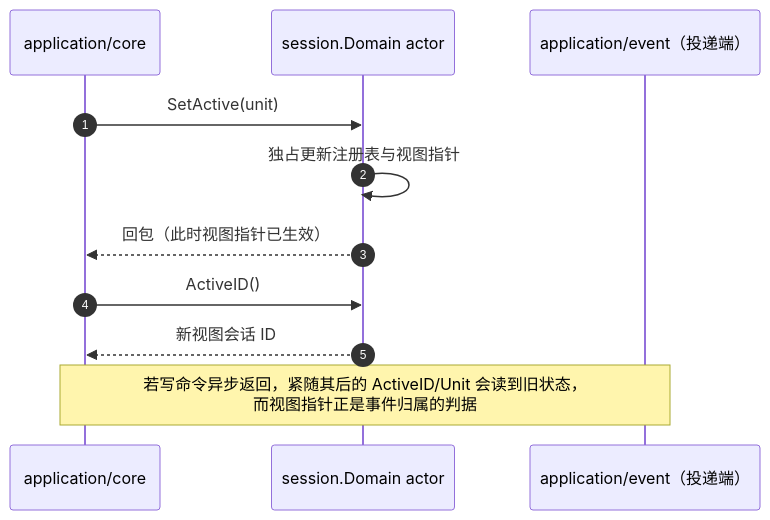
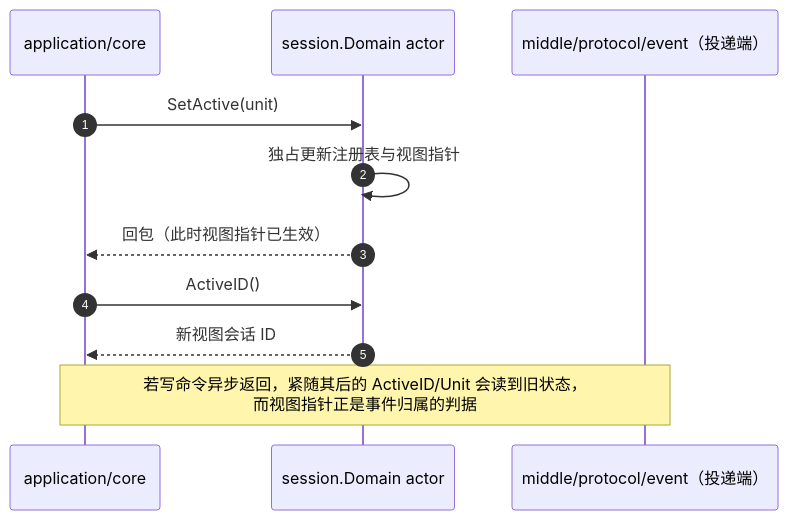
Before and after one commit to RedHuang-0622/seelex: the second of 2 diagrams in session/README.md, drawn with Mermaid. The commit also changed other lines of this file and 160 other files, not shown here.

First line of the commit message:
refactor(arch): M5-R3 model/event/state 归位 middle/protocol 与 kernel（plan §2.3）

````diff
--- a/session/README.md
+++ b/session/README.md
@@ -40,14 +40,14 @@
 ```mermaid
 sequenceDiagram
     autonumber
     participant C as application/core
     participant D as session.Domain actor
-    participant E as application/event（投递端）
+    participant E as middle/protocol/event（投递端）
 
     C->>D: SetActive(unit)
     D->>D: 独占更新注册表与视图指针
     D-->>C: 回包（此时视图指针已生效）
     C->>D: ActiveID()
     D-->>C: 新视图会话 ID
     Note over C,E: 若写命令异步返回，紧随其后的 ActiveID/Unit 会读到旧状态，<br/>而视图指针正是事件归属的判据
 ```
````
